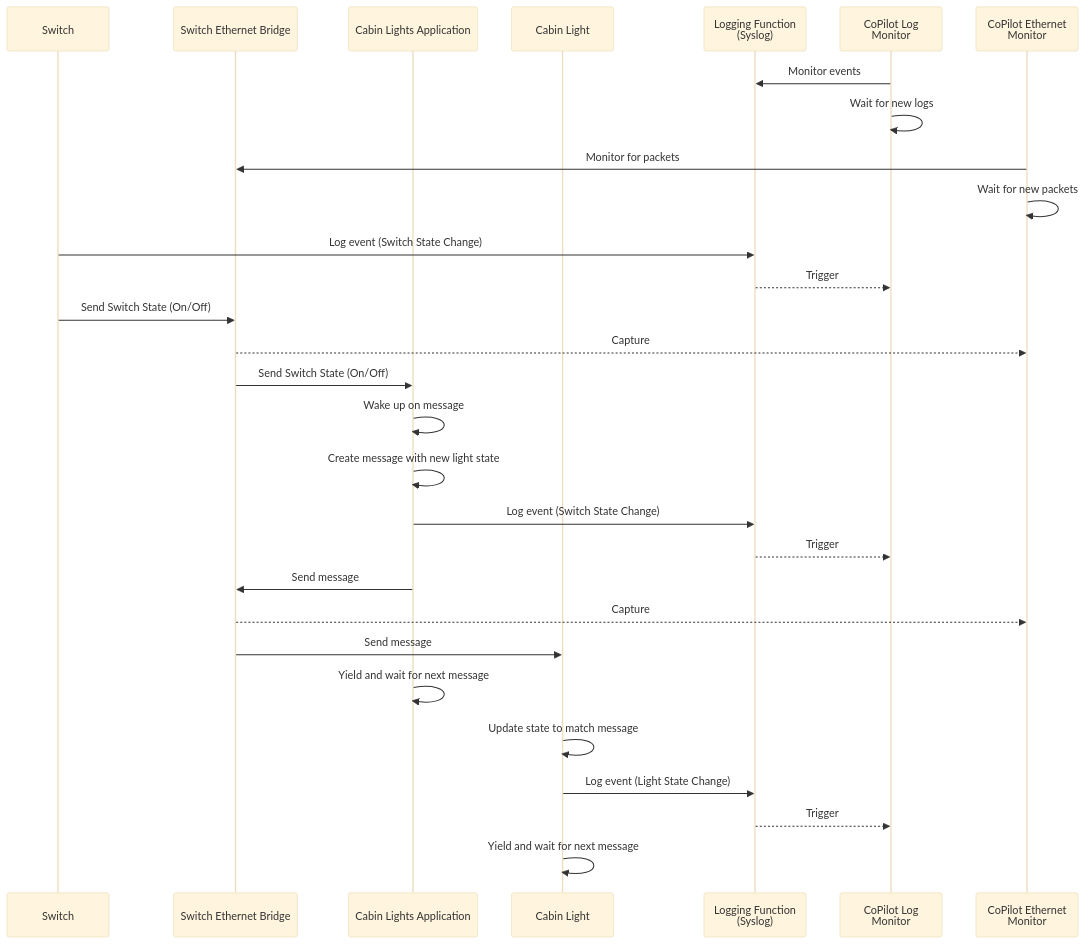
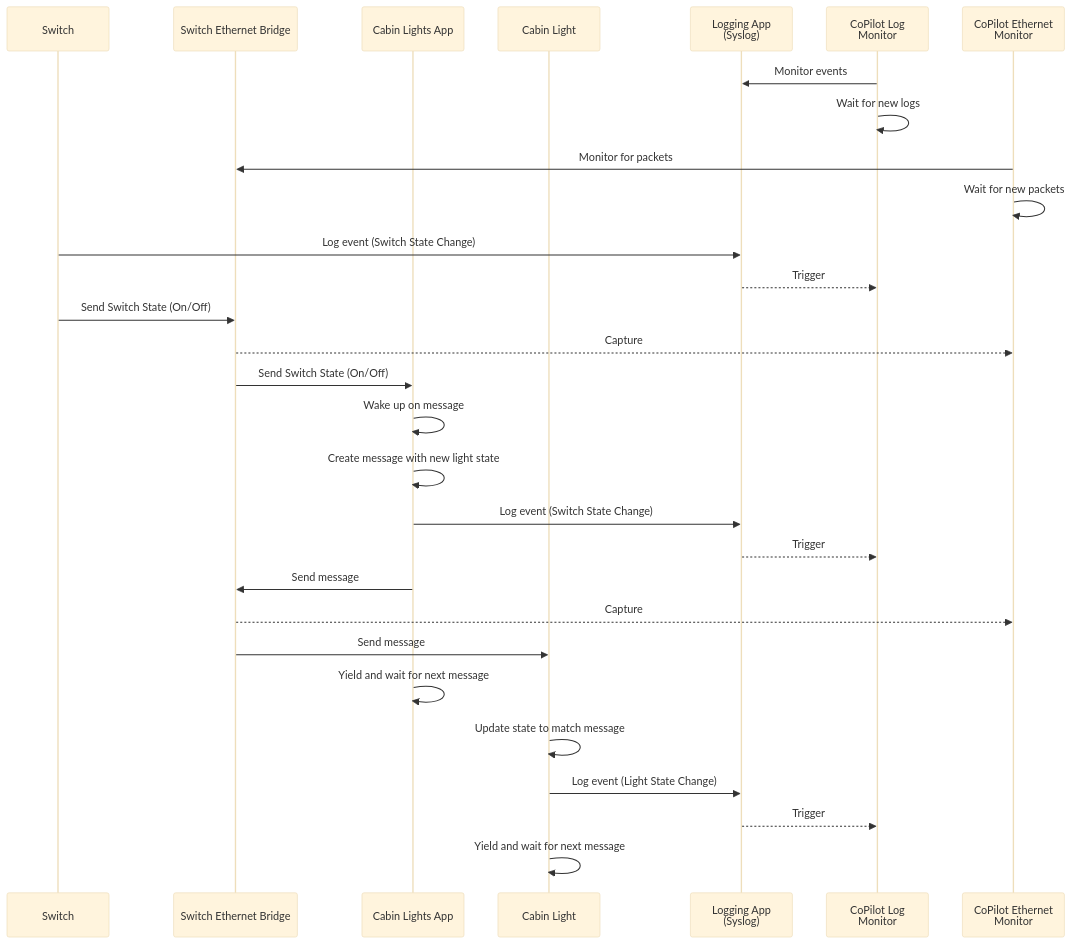
Before and after one commit to elisa-tech/wg-aerospace: the second of 2 diagrams in Aerospace-Uses-Cases.md, drawn with Mermaid (base theme). The commit also changed other lines of this file, not shown here.

````diff
--- a/Aerospace-Uses-Cases.md
+++ b/Aerospace-Uses-Cases.md
@@ -64,32 +120,32 @@
     ```mermaid
     sequenceDiagram
         participant Sensor as Switch
         participant Ethernet as Switch Ethernet Bridge
-        participant App as Cabin Lights Application
+        participant App as Cabin Lights App
         participant Actuator as Cabin Light
-        participant Log as Logging Function <br> (Syslog)
+        participant Log as Logging App <br> (Syslog)
         participant CheckLog as CoPilot Log <br> Monitor
         participant CheckEth as CoPilot Ethernet <br> Monitor
 
         CheckLog->>Log: Monitor events
         CheckLog->>CheckLog: Wait for new logs
         CheckEth->>Ethernet: Monitor for packets
         CheckEth->>CheckEth: Wait for new packets
         Sensor->>Log: Log event (Switch State Change)
         Log-->>CheckLog: Trigger
         Sensor->>Ethernet: Send Switch State (On/Off)
         Ethernet-->>CheckEth: Capture
         Ethernet->>App: Send Switch State (On/Off)
         App->>App: Wake up on message
         App->>App: Create message with new light state
         App->>Log: Log event (Switch State Change)
         Log-->>CheckLog: Trigger
         App->>Ethernet: Send message
         Ethernet-->>CheckEth: Capture
         Ethernet->>Actuator: Send message
         App->>App: Yield and wait for next message
         Actuator->>Actuator: Update state to match message
         Actuator->>Log: Log event (Light State Change)
         Log-->>CheckLog: Trigger
         Actuator->>Actuator: Yield and wait for next message
     ```
````
